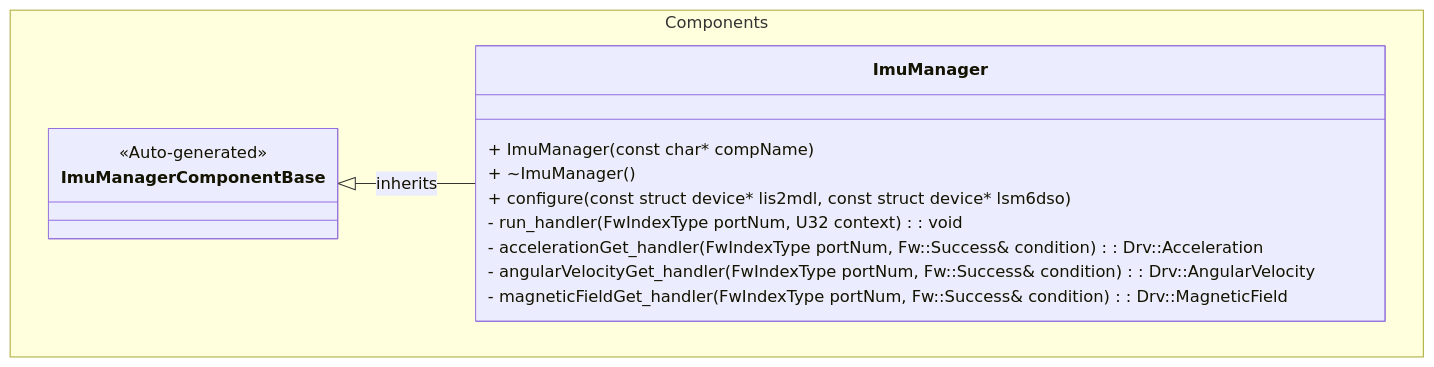
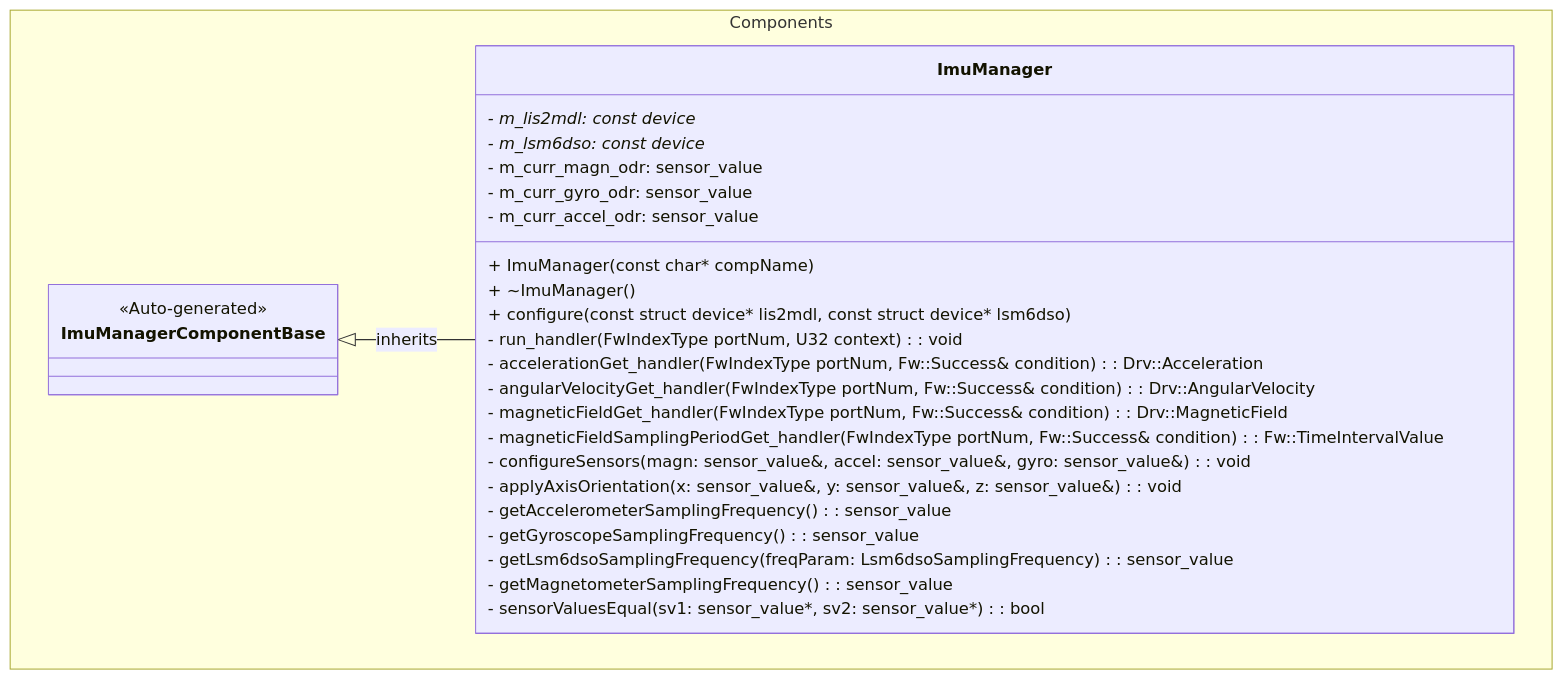
The diagram in FprimeZephyrReference/Components/ImuManager/docs/sdd.md (Open-Source-Space-Foundation/proves-core-reference), drawn with Mermaid before and after one commit. The commit also changed other lines of this file and 1 other file, not shown here.

````diff
--- a/FprimeZephyrReference/Components/ImuManager/docs/sdd.md
+++ b/FprimeZephyrReference/Components/ImuManager/docs/sdd.md
@@ -21,18 +21,31 @@
 ```mermaid
 classDiagram
     namespace Components {
         class ImuManagerComponentBase {
             <<Auto-generated>>
         }
         class ImuManager {
             + ImuManager(const char* compName)
             + ~ImuManager()
             + configure(const struct device* lis2mdl, const struct device* lsm6dso)
             - run_handler(FwIndexType portNum, U32 context): void
             - accelerationGet_handler(FwIndexType portNum, Fw::Success& condition): Drv::Acceleration
             - angularVelocityGet_handler(FwIndexType portNum, Fw::Success& condition): Drv::AngularVelocity
             - magneticFieldGet_handler(FwIndexType portNum, Fw::Success& condition): Drv::MagneticField
+            - magneticFieldSamplingPeriodGet_handler(FwIndexType portNum, Fw::Success& condition): Fw::TimeIntervalValue
+            - configureSensors(magn: sensor_value&, accel: sensor_value&, gyro: sensor_value&): void
+            - applyAxisOrientation(x: sensor_value&, y: sensor_value&, z: sensor_value&): void
+            - getAccelerometerSamplingFrequency(): sensor_value
+            - getGyroscopeSamplingFrequency(): sensor_value
+            - getLsm6dsoSamplingFrequency(freqParam: Lsm6dsoSamplingFrequency): sensor_value
+            - getMagnetometerSamplingFrequency(): sensor_value
+            - sensorValuesEqual(sv1: sensor_value*, sv2: sensor_value*): bool
+            - m_lis2mdl: const device*
+            - m_lsm6dso: const device*
+            - m_curr_magn_odr: sensor_value
+            - m_curr_gyro_odr: sensor_value
+            - m_curr_accel_odr: sensor_value
         }
     }
     ImuManagerComponentBase <|-- ImuManager : inherits
 ```
````
